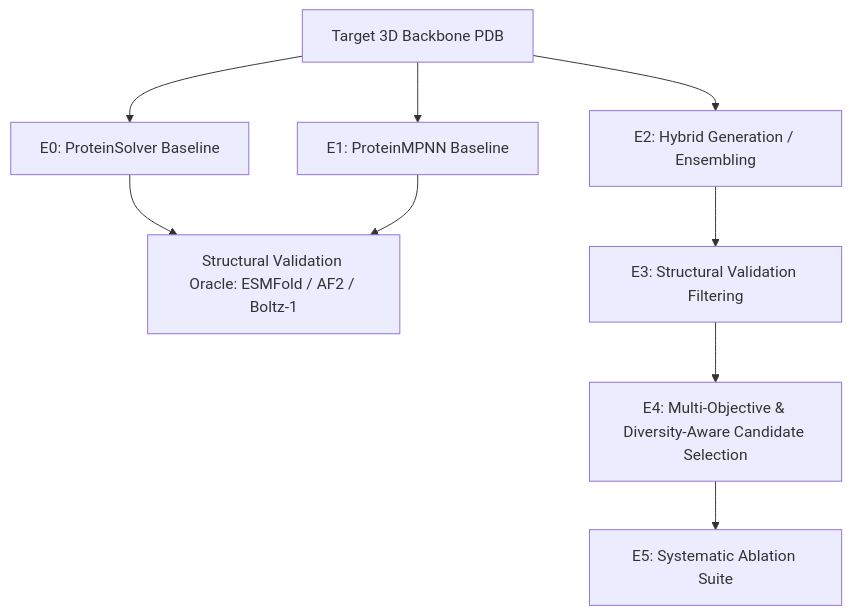
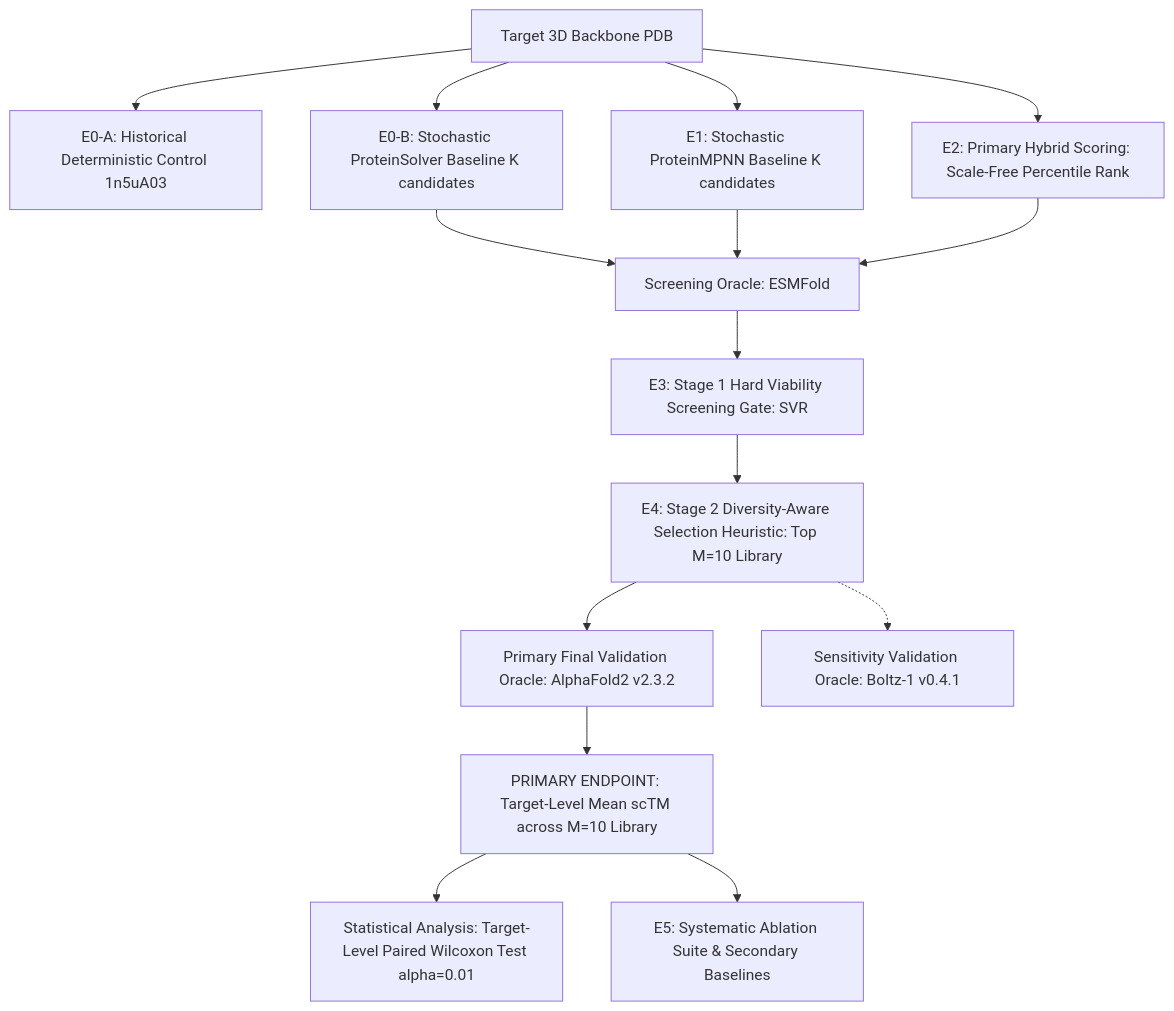
Before and after one commit to ProteinDesignRND/ProteinDesign: the diagram in science/evaluation_protocol.md, drawn with Mermaid. The commit also changed other lines of this file and 56 other files, not shown here.

````diff
--- a/science/evaluation_protocol.md
+++ b/science/evaluation_protocol.md
@@ -9,13 +10,21 @@
 ```mermaid
 graph TD
-    Target[Target 3D Backbone PDB] --> E0[E0: ProteinSolver Baseline]
-    Target --> E1[E1: ProteinMPNN Baseline]
-    Target --> E2[E2: Hybrid Generation / Ensembling]
+    Target[Target 3D Backbone PDB] --> E0A[E0-A: Historical Deterministic Control 1n5uA03]
+    Target --> E0B[E0-B: Stochastic ProteinSolver Baseline K candidates]
+    Target --> E1[E1: Stochastic ProteinMPNN Baseline K candidates]
+    Target --> E2[E2: Primary Hybrid Scoring: Scale-Free Percentile Rank]
     
-    E0 --> Eval[Structural Validation Oracle: ESMFold / AF2 / Boltz-1]
-    E1 --> Eval
-    E2 --> E3[E3: Structural Validation Filtering]
+    E0B --> Screen[Screening Oracle: ESMFold]
+    E1 --> Screen
+    E2 --> Screen
     
-    E3 --> E4[E4: Multi-Objective & Diversity-Aware Candidate Selection]
-    E4 --> E5[E5: Systematic Ablation Suite]
+    Screen --> E3[E3: Stage 1 Hard Viability Screening Gate: SVR]
+    E3 --> E4[E4: Stage 2 Diversity-Aware Selection Heuristic: Top M=10 Library]
+    
+    E4 --> Val[Primary Final Validation Oracle: AlphaFold2 v2.3.2]
+    E4 -.-> Sens[Sensitivity Validation Oracle: Boltz-1 v0.4.1]
+    
+    Val --> Final[PRIMARY ENDPOINT: Target-Level Mean scTM across M=10 Library]
+    Final --> Stat[Statistical Analysis: Target-Level Paired Wilcoxon Test alpha=0.01]
+    Final --> E5[E5: Systematic Ablation Suite & Secondary Baselines]
 ```
````
